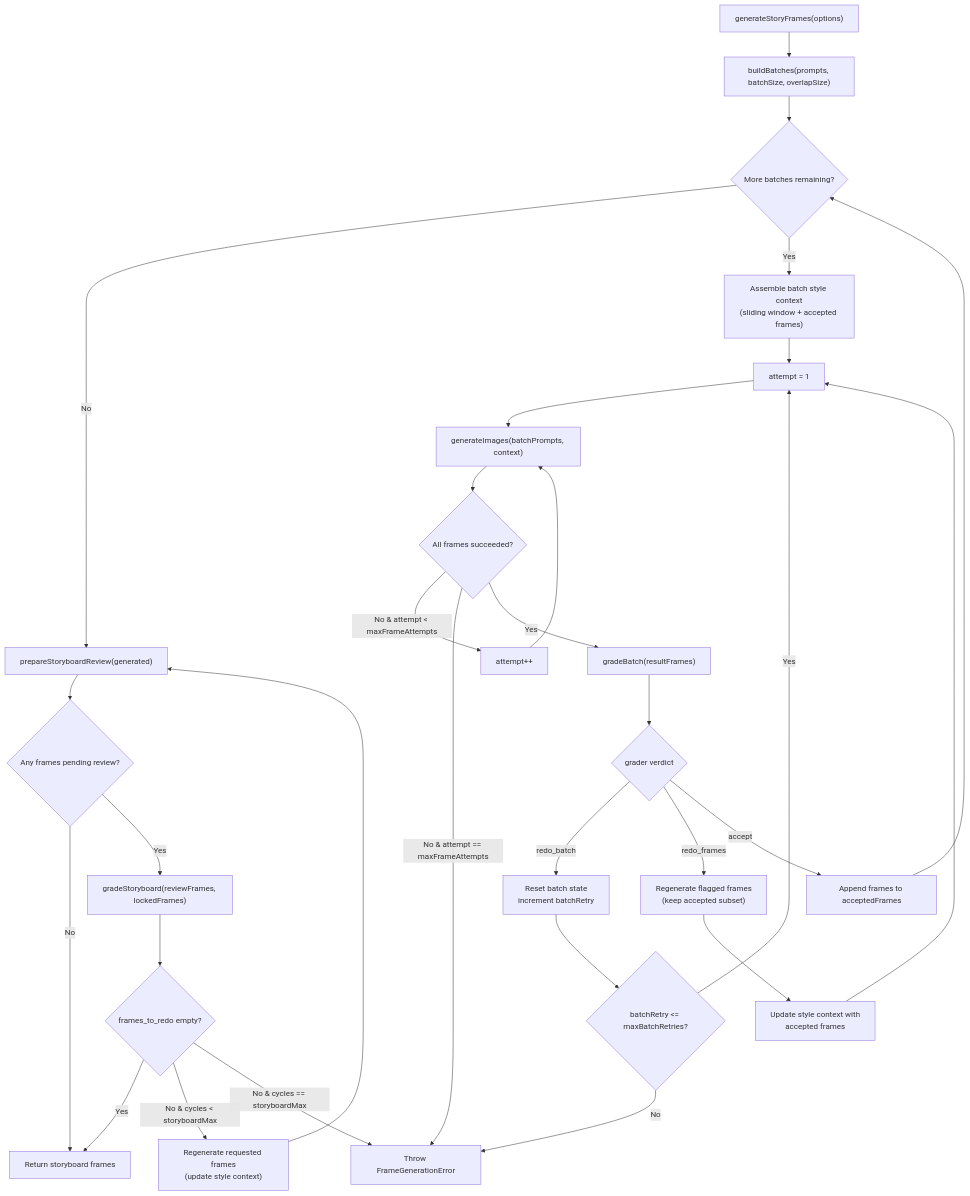
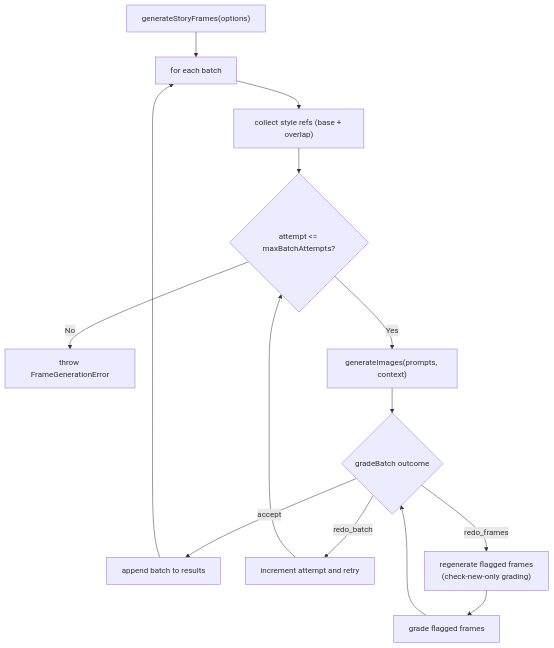
The second of 2 diagrams in docs/STORY.md (ljoukov/spark), drawn with Mermaid before and after one commit. The commit also changed other lines of this file and 1 other file, not shown here.

Commit message:
generate the posted multiple times

````diff
--- a/docs/STORY.md
+++ b/docs/STORY.md
@@ -65,32 +67,16 @@
 ```mermaid
 flowchart TD
-  S["generateStoryFrames(options)"] --> P["buildBatches(prompts, batchSize, overlapSize)"]
-  P --> B{"More batches remaining?"}
-  B -->|No| H["prepareStoryboardReview(generated)"]
-  H --> R{"Any frames pending review?"}
-  R -->|No| BU["Return storyboard frames"]
-  R -->|Yes| GS["gradeStoryboard(reviewFrames, lockedFrames)"]
-  GS --> GV{frames_to_redo empty?}
-  GV -->|Yes| BU
-  GV -->|No & cycles < storyboardMax| RJ["Regenerate requested frames\n(update style context)"]
-  RJ --> H
-  GV -->|No & cycles == storyboardMax| BX["Throw FrameGenerationError"]
-  B -->|Yes| BC["Assemble batch style context\n(sliding window + accepted frames)"]
-  BC --> ATT["attempt = 1"]
-  ATT --> GI["generateImages(batchPrompts, context)"]
-  GI --> GS2{All frames succeeded?}
-  GS2 -->|No & attempt < maxFrameAttempts| NA["attempt++"]
-  NA --> GI
-  GS2 -->|No & attempt == maxFrameAttempts| BX
-  GS2 -->|Yes| GB["gradeBatch(resultFrames)"]
-  GB --> GD{grader verdict}
-  GD -->|redo_batch| RB["Reset batch state\nincrement batchRetry"]
-  RB --> RC{batchRetry <= maxBatchRetries?}
-  RC -->|No| BX
-  RC -->|Yes| ATT
-  GD -->|redo_frames| RF["Regenerate flagged frames\n(keep accepted subset)"]
-  RF --> SC["Update style context with\naccepted frames"]
-  SC --> ATT
-  GD -->|accept| AC["Append frames to acceptedFrames"]
-  AC --> B
+  S["generateStoryFrames(options)"] --> B["for each batch"]
+  B --> C["collect style refs (base + overlap)"]
+  C --> A{"attempt <= maxBatchAttempts?"}
+  A -->|No| X["throw FrameGenerationError"]
+  A -->|Yes| G["generateImages(prompts, context)"]
+  G --> V{"gradeBatch outcome"}
+  V -->|accept| U["append batch to results"]
+  U --> B
+  V -->|redo_batch| R["increment attempt and retry"]
+  R --> A
+  V -->|redo_frames| F["regenerate flagged frames\n(check-new-only grading)"]
+  F --> T["grade flagged frames"]
+  T --> V
 ```
````
